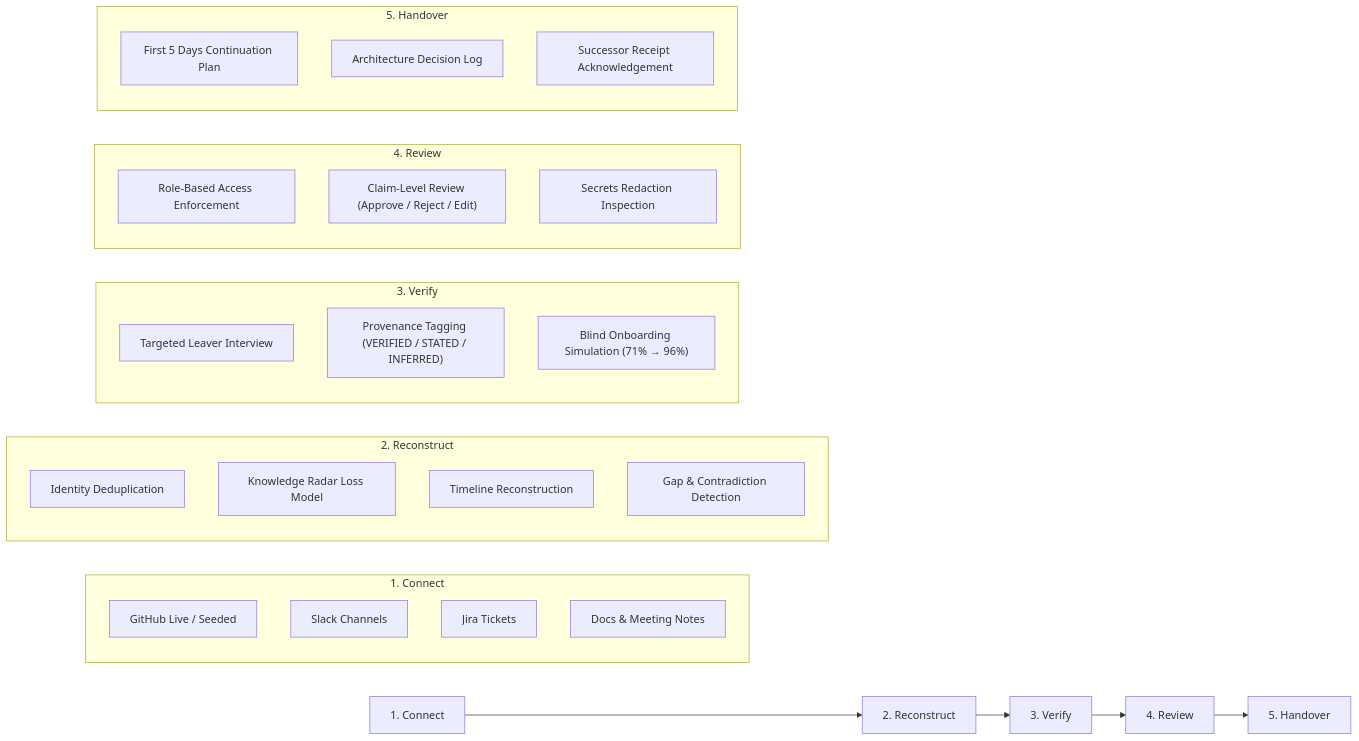
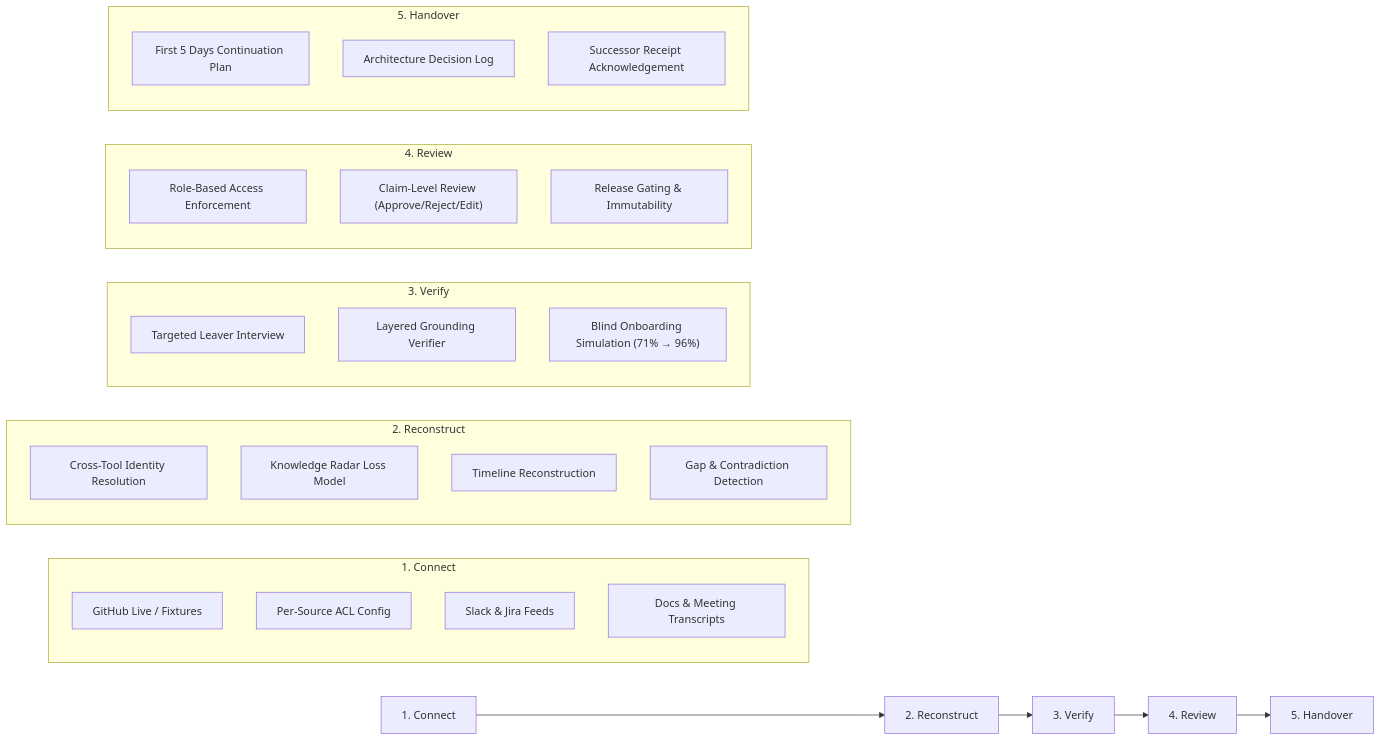
Before and after one commit to harshaldhonge2007-sudo/relay-ai: the diagram in README.md, drawn with Mermaid. The commit also changed other lines of this file and 185 other files, not shown here.

````diff
--- a/README.md
+++ b/README.md
@@ -28,39 +38,39 @@
 ```mermaid
 flowchart LR
     A["1. Connect"] --> B["2. Reconstruct"]
     B --> C["3. Verify"]
     C --> D["4. Review"]
     D --> E["5. Handover"]
 
     subgraph "1. Connect"
-      C1["GitHub Live / Seeded"]
-      C2["Slack Channels"]
-      C3["Jira Tickets"]
-      C4["Docs & Meeting Notes"]
+      C1["GitHub Live / Fixtures"]
+      C2["Per-Source ACL Config"]
+      C3["Slack & Jira Feeds"]
+      C4["Docs & Meeting Transcripts"]
     end
 
     subgraph "2. Reconstruct"
-      R1["Identity Deduplication"]
+      R1["Cross-Tool Identity Resolution"]
       R2["Knowledge Radar Loss Model"]
       R3["Timeline Reconstruction"]
       R4["Gap & Contradiction Detection"]
     end
 
     subgraph "3. Verify"
       V1["Targeted Leaver Interview"]
-      V2["Provenance Tagging (VERIFIED / STATED / INFERRED)"]
+      V2["Layered Grounding Verifier"]
       V3["Blind Onboarding Simulation (71% → 96%)"]
     end
 
     subgraph "4. Review"
       RW1["Role-Based Access Enforcement"]
-      RW2["Claim-Level Review (Approve / Reject / Edit)"]
-      RW3["Secrets Redaction Inspection"]
+      RW2["Claim-Level Review (Approve/Reject/Edit)"]
+      RW3["Release Gating & Immutability"]
     end
 
     subgraph "5. Handover"
       H1["First 5 Days Continuation Plan"]
       H2["Architecture Decision Log"]
       H3["Successor Receipt Acknowledgement"]
     end
 ```
````
